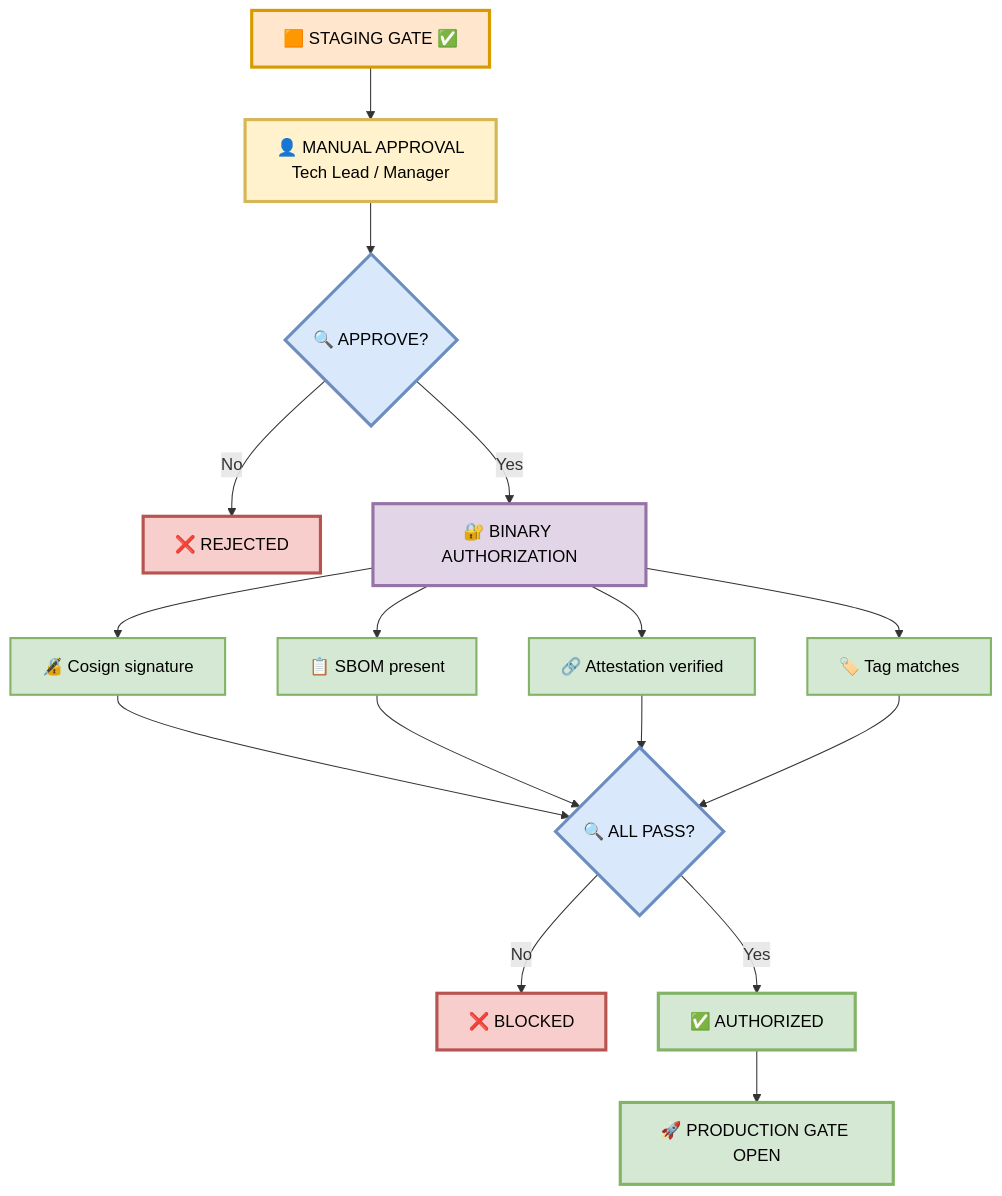
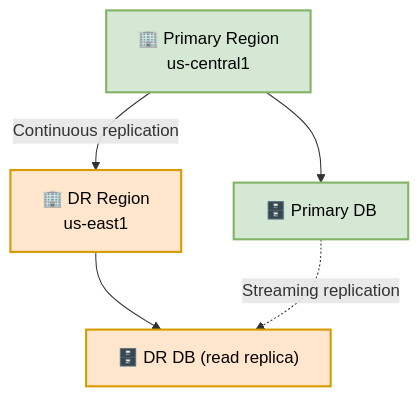
One commit to tripathicle/ApplicationPipeline changed the second of 2 diagrams in 2-CD-Stage/CD_2_CD_PIPELINE/readme.md. Above: the diagram before and after it, drawn with Mermaid. The commit also changed other lines of this file, not shown here.

````diff
--- a/2-CD-Stage/CD_2_CD_PIPELINE/readme.md
+++ b/2-CD-Stage/CD_2_CD_PIPELINE/readme.md
@@ -93,57 +421,19 @@
 ```mermaid
 graph TD
-    STAGING_PASS["🟧 STAGING GATE ✅"]
-    APPROVAL["👤 MANUAL APPROVAL<br>Tech Lead / Manager"]
-    DECISION{"🔍 APPROVE?"}
+    PRIMARY["🏢 Primary Region<br>us-central1"]
+    style PRIMARY fill:#d5e8d4,stroke:#82b366,stroke-width:2px,color:#000
 
-    style STAGING_PASS fill:#ffe6cc,stroke:#d79b00,stroke-width:3px,color:#000
-    style APPROVAL fill:#fff2cc,stroke:#d6b656,stroke-width:3px,color:#000
-    style DECISION fill:#dae8fc,stroke:#6c8ebf,stroke-width:3px,color:#000
+    DR["🏢 DR Region<br>us-east1"]
+    style DR fill:#ffe6cc,stroke:#d79b00,stroke-width:2px,color:#000
 
-    STAGING_PASS --> APPROVAL --> DECISION
+    PRIMARY -->|Continuous replication| DR
 
-    REJECT["❌ REJECTED"]
-    style REJECT fill:#f8cecc,stroke:#b85450,stroke-width:3px,color:#000
-    DECISION -->|No| REJECT
+    PRIMARY_DB["🗄️ Primary DB"]
+    DR_DB["🗄️ DR DB (read replica)"]
+    style PRIMARY_DB fill:#d5e8d4,stroke:#82b366,stroke-width:2px,color:#000
+    style DR_DB fill:#ffe6cc,stroke:#d79b00,stroke-width:2px,color:#000
 
-    BINAUTH["🔐 BINARY AUTHORIZATION"]
-    style BINAUTH fill:#e1d5e7,stroke:#9673a6,stroke-width:3px,color:#000
-    DECISION -->|Yes| BINAUTH
-
-    SIG1["🔏 Cosign signature"]
-    SIG2["📋 SBOM present"]
-    SIG3["🔗 Attestation verified"]
-    SIG4["🏷️ Tag matches"]
-
-    style SIG1 fill:#d5e8d4,stroke:#82b366,stroke-width:2px,color:#000
-    style SIG2 fill:#d5e8d4,stroke:#82b366,stroke-width:2px,color:#000
-    style SIG3 fill:#d5e8d4,stroke:#82b366,stroke-width:2px,color:#000
-    style SIG4 fill:#d5e8d4,stroke:#82b366,stroke-width:2px,color:#000
-
-    BINAUTH --> SIG1
-    BINAUTH --> SIG2
-    BINAUTH --> SIG3
-    BINAUTH --> SIG4
-
-    BINAUTH_DECISION{"🔍 ALL PASS?"}
-    style BINAUTH_DECISION fill:#dae8fc,stroke:#6c8ebf,stroke-width:3px,color:#000
-
-    SIG1 --> BINAUTH_DECISION
-    SIG2 --> BINAUTH_DECISION
-    SIG3 --> BINAUTH_DECISION
-    SIG4 --> BINAUTH_DECISION
-
-    BINAUTH_FAIL["❌ BLOCKED"]
-    BINAUTH_PASS["✅ AUTHORIZED"]
-
-    style BINAUTH_FAIL fill:#f8cecc,stroke:#b85450,stroke-width:3px,color:#000
-    style BINAUTH_PASS fill:#d5e8d4,stroke:#82b366,stroke-width:3px,color:#000
-
-    BINAUTH_DECISION -->|No| BINAUTH_FAIL
-    BINAUTH_DECISION -->|Yes| BINAUTH_PASS
-
-    PROD_GATE["🚀 PRODUCTION GATE OPEN"]
-    style PROD_GATE fill:#d5e8d4,stroke:#82b366,stroke-width:3px,color:#000
-
-    BINAUTH_PASS --> PROD_GATE
+    PRIMARY --> PRIMARY_DB
+    DR --> DR_DB
+    PRIMARY_DB -.->|Streaming replication| DR_DB
 ```
````
